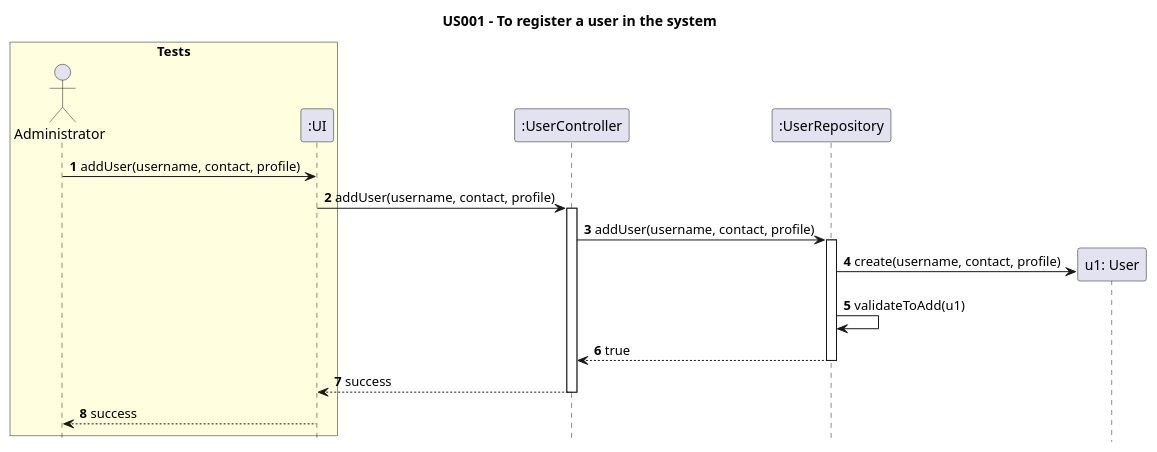
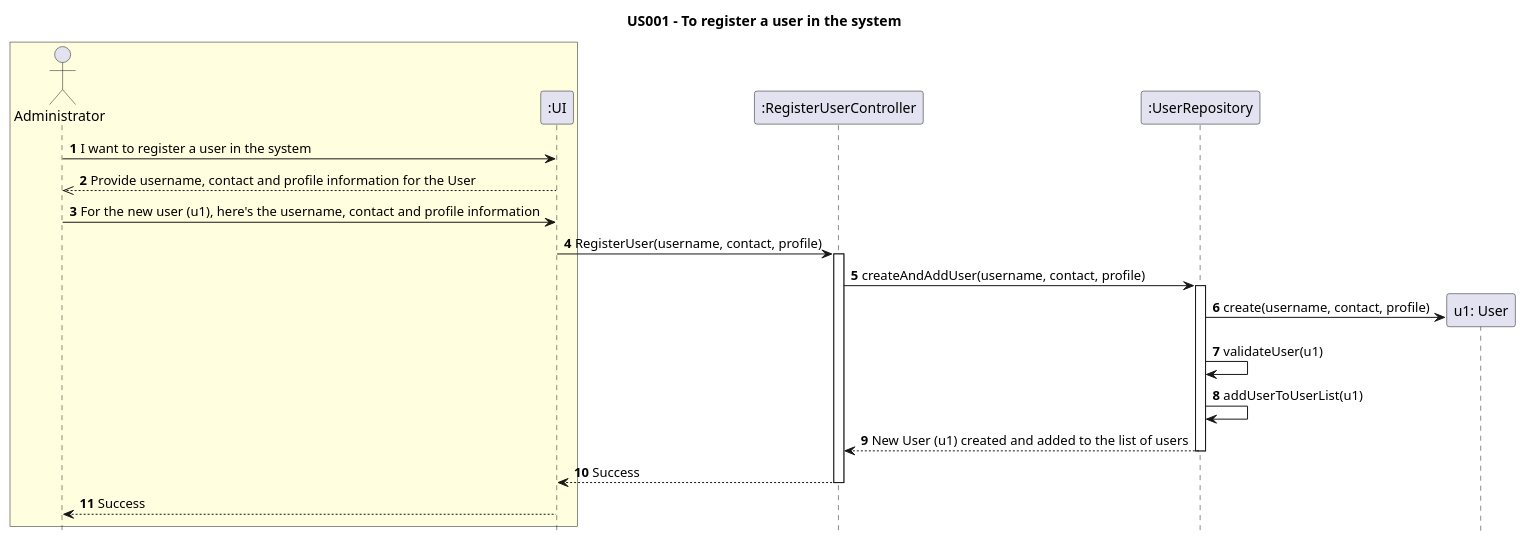
Before and after one commit to AndrePereiraGitH/SWitCH-Project-Team_A: the diagram in Diagrams/SequenceDiagrams/N2/US001-to-register-a-user.puml, drawn with PlantUML. The commit also changed 5 other files, not shown here.

Commit message:
Working on #23 #26, updating Sequence Digram and Class Diagram

```diff
--- a/Diagrams/SequenceDiagrams/N2/US001-to-register-a-user.puml
+++ b/Diagrams/SequenceDiagrams/N2/US001-to-register-a-user.puml
@@ -1,38 +1,47 @@
 @startuml
 
 hide footbox
+
 title US001 - To register a user in the system
 
-box "Tests" #LightYellow
+box #LightYellow
 actor Administrator
 participant ":UI" as UI
 end box
 
-participant ":UserController" as UserController
+participant ":RegisterUserController" as RegisterUserController
 participant ":UserRepository" as UserRepository
 
-Administrator -> UI : **1** addUser(username, contact, profile)
+' Human contact between Administrator and UI
+Administrator -> UI : **1** I want to register a user in the system
+UI -->> Administrator : **2** Provide username, contact and profile information for the User
+Administrator -> UI : **3** For the new user (u1), here's the username, contact and profile information
 
-UI -> UserController : **2** addUser(username, contact, profile)
-activate UserController
+' First contact between UI and the System
+UI -> RegisterUserController : **4** RegisterUser(username, contact, profile)
+activate RegisterUserController
 
-UserController -> UserRepository : **3** addUser(username, contact, profile)
+RegisterUserController -> UserRepository : **5** createAndAddUser(username, contact, profile)
 activate UserRepository
-
+' Creation of u1 instance from User class
 create "u1: User" as User
-UserRepository -> User : **4** create(username, contact, profile)
 
 
-UserRepository -> UserRepository : **5** validateToAdd(u1)
+' Creation, validation and addition
+UserRepository -> User : **6** create(username, contact, profile)
+UserRepository -> UserRepository : **7** validateUser(u1)
+UserRepository -> UserRepository : **8** addUserToUserList(u1)
 
-UserRepository --> UserController : **6** true
+
+' Return from UserRepository to RegisterUserController
+UserRepository --> RegisterUserController : **9** New User (u1) created and added to the list of users
 deactivate UserRepository
 
-UserController --> UI : **7** success
-deactivate UserController
+' Return from RegisterUserController to UI
+RegisterUserController --> UI : **10** Success
+deactivate RegisterUserController
 
-UI --> Administrator : **8** success
-
-
+' Return from UI to Administrator
+UI --> Administrator : **11** Success
 
 @enduml
```
